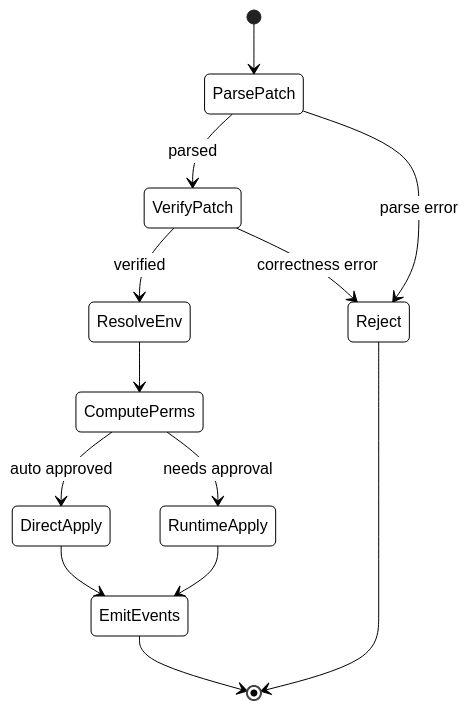
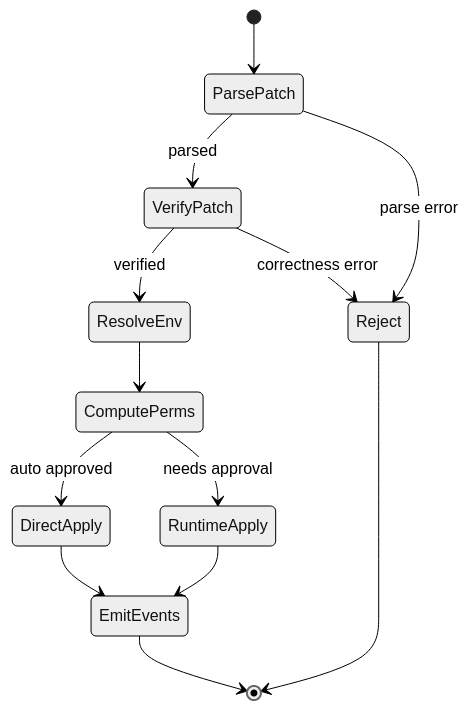
Before and after one commit to GLBB/codex-source-analysis: the fifth of 5 diagrams in Part II Source Analysis/09-工具系统总览.md, drawn with Mermaid. The commit also changed other lines of this file and 29 other files, not shown here.

````diff
--- a/Part II Source Analysis/09-工具系统总览.md
+++ b/Part II Source Analysis/09-工具系统总览.md
@@ -467,16 +474,16 @@
 ```mermaid
-%%{init: {"theme":"neutral","themeCSS":"svg { background: #ffffff !important; } .label, .nodeLabel, text { fill: #000000 !important; color: #000000 !important; }","themeVariables":{"background":"#ffffff","mainBkg":"#ffffff","primaryColor":"#ffffff","secondaryColor":"#ffffff","tertiaryColor":"#ffffff","primaryTextColor":"#000000","textColor":"#000000","lineColor":"#444444","primaryBorderColor":"#333333","fontFamily":"Helvetica"}}}%%
+%%{init:{'theme':'neutral','themeVariables':{'background':'#ffffff'}}}%%
 stateDiagram-v2
     [*] --> ParsePatch
     ParsePatch --> VerifyPatch: parsed
     ParsePatch --> Reject: parse error
     VerifyPatch --> ResolveEnv: verified
     VerifyPatch --> Reject: correctness error
     ResolveEnv --> ComputePerms
     ComputePerms --> DirectApply: auto approved
     ComputePerms --> RuntimeApply: needs approval
     DirectApply --> EmitEvents
     RuntimeApply --> EmitEvents
     EmitEvents --> [*]
     Reject --> [*]
 ```
````
